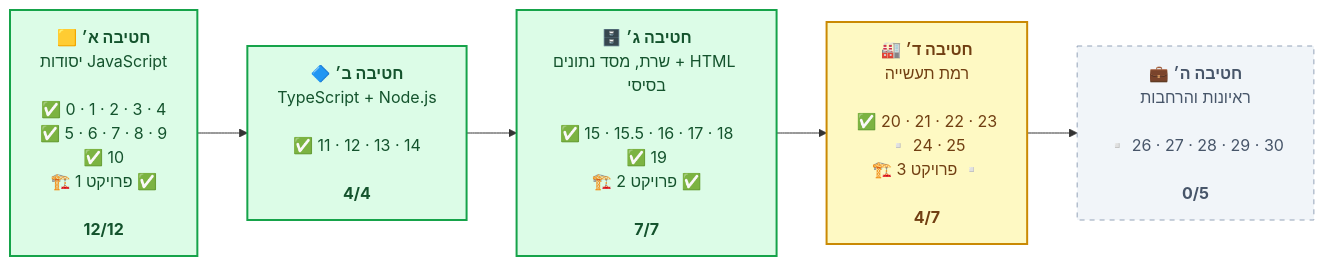
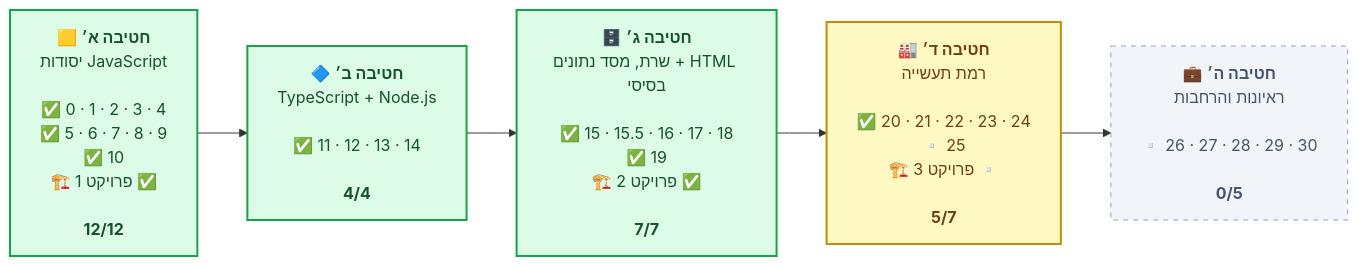
The first of 4 diagrams in README.md (yeudaba/backend-course-he), drawn with Mermaid before and after one commit. The commit also changed other lines of this file and 2 other files, not shown here.

First line of the commit message:
README ו־HANDOFF: פרק 24 ושלב ז׳ של פרויקט 2

````diff
--- a/README.md
+++ b/README.md
@@ -81,15 +81,15 @@
 ```mermaid
 flowchart LR
   P0["🟨 <b>חטיבה א׳</b><br/>יסודות JavaScript<br/><br/>✅ 0 · 1 · 2 · 3 · 4<br/>✅ 5 · 6 · 7 · 8 · 9<br/>✅ 10<br/>🏗️ פרויקט 1 ✅<br/><br/><b>12/12</b>"]:::done
   P1["🔷 <b>חטיבה ב׳</b><br/>TypeScript + Node.js<br/><br/>✅ 11 · 12 · 13 · 14<br/><br/><b>4/4</b>"]:::done
   P2["🗄️ <b>חטיבה ג׳</b><br/>שרת, מסד נתונים + HTML בסיסי<br/><br/>✅ 15 · 15.5 · 16 · 17 · 18<br/>✅ 19<br/>🏗️ פרויקט 2 ✅<br/><br/><b>7/7</b>"]:::done
-  P3["🏭 <b>חטיבה ד׳</b><br/>רמת תעשייה<br/><br/>✅ 20 · 21 · 22 · 23<br/>▫️ 24 · 25<br/>🏗️ פרויקט 3 ▫️<br/><br/><b>4/7</b>"]:::progress
+  P3["🏭 <b>חטיבה ד׳</b><br/>רמת תעשייה<br/><br/>✅ 20 · 21 · 22 · 23 · 24<br/>▫️ 25<br/>🏗️ פרויקט 3 ▫️<br/><br/><b>5/7</b>"]:::progress
   P4["💼 <b>חטיבה ה׳</b><br/>ראיונות והרחבות<br/><br/>▫️ 26 · 27 · 28 · 29 · 30<br/><br/><b>0/5</b>"]:::planned
   P0 --> P1
   P1 --> P2
   P2 --> P3
   P3 --> P4
   classDef done fill:#dcfce7,stroke:#16a34a,color:#14532d,stroke-width:2px
   classDef progress fill:#fef9c3,stroke:#ca8a04,color:#713f12,stroke-width:2px
   classDef planned fill:#f1f5f9,stroke:#94a3b8,color:#475569,stroke-dasharray: 5 5
 ```
````
